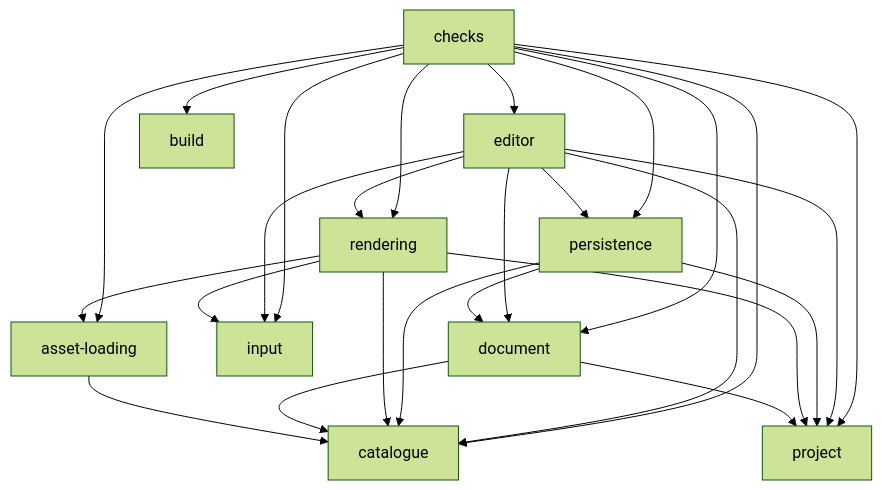
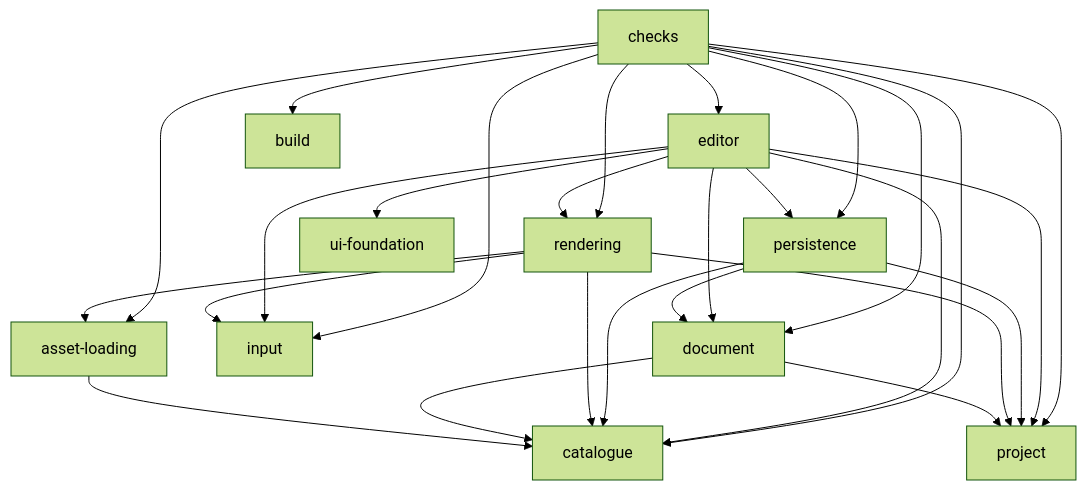
One commit to Team-Meshworks/gam300 changed the diagram in docs/architecture-graph.md. Above: the diagram before and after it, drawn with Mermaid (forest theme). The commit also changed 41 other files, not shown here.

````diff
--- a/docs/architecture-graph.md
+++ b/docs/architecture-graph.md
@@ -8,38 +8,40 @@
 ```mermaid
 graph TD
   project["project"]
   catalogue["catalogue"]
   asset-loading["asset-loading"]
   input["input"]
   document["document"]
   rendering["rendering"]
   persistence["persistence"]
+  ui-foundation["ui-foundation"]
   editor["editor"]
   build["build"]
   checks["checks"]
   asset-loading --> catalogue
   document --> catalogue
   document --> project
   rendering --> asset-loading
   rendering --> catalogue
   rendering --> input
   rendering --> project
   persistence --> catalogue
   persistence --> document
   persistence --> project
   editor --> catalogue
   editor --> document
   editor --> input
   editor --> persistence
   editor --> project
   editor --> rendering
+  editor --> ui-foundation
   checks --> asset-loading
   checks --> build
   checks --> catalogue
   checks --> document
   checks --> editor
   checks --> input
   checks --> persistence
   checks --> project
   checks --> rendering
 ```
````
